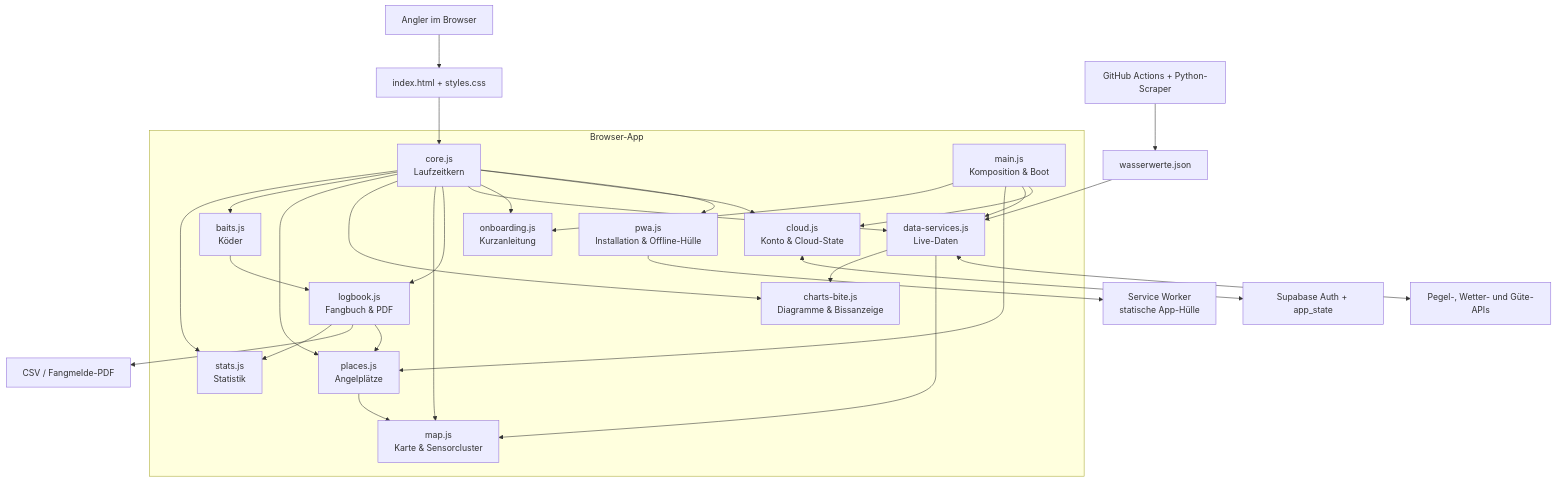
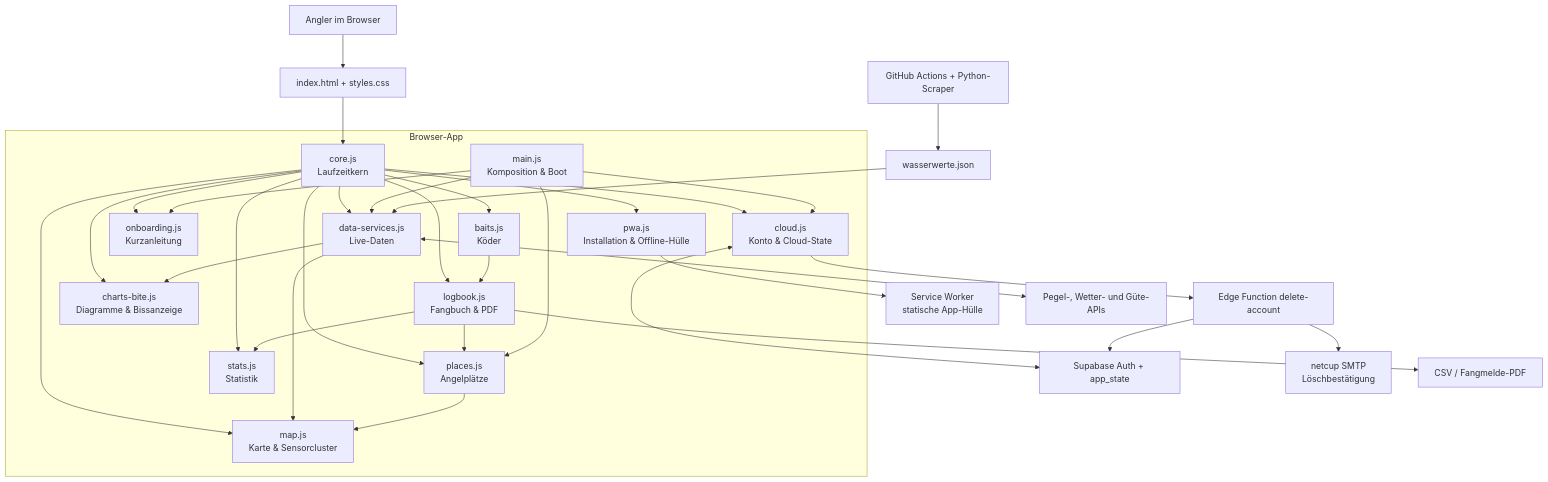
The first of 2 diagrams in docs/ARCHITEKTUR.md (XXOB/Fishing), drawn with Mermaid before and after one commit. The commit also changed other lines of this file and 10 other files, not shown here.

````diff
--- a/docs/ARCHITEKTUR.md
+++ b/docs/ARCHITEKTUR.md
@@ -49,49 +51,52 @@
 ```mermaid
 flowchart TB
     U["Angler im Browser"] --> HTML["index.html + styles.css"]
 
     subgraph UI["Browser-App"]
       CORE["core.js\nLaufzeitkern"]
       PWA["pwa.js\nInstallation & Offline-Hülle"]
       CLOUD["cloud.js\nKonto & Cloud-State"]
       ONB["onboarding.js\nKurzanleitung"]
       DATA["data-services.js\nLive-Daten"]
       LOG["logbook.js\nFangbuch & PDF"]
       MAP["map.js\nKarte & Sensorcluster"]
       CHART["charts-bite.js\nDiagramme & Bissanzeige"]
       PLACES["places.js\nAngelplätze"]
       BAITS["baits.js\nKöder"]
       STATS["stats.js\nStatistik"]
       MAIN["main.js\nKomposition & Boot"]
     end
 
     HTML --> CORE
     CORE --> PWA
     CORE --> CLOUD
     CORE --> ONB
     CORE --> DATA
     CORE --> LOG
     CORE --> MAP
     CORE --> CHART
     CORE --> PLACES
     CORE --> BAITS
     CORE --> STATS
 
     CLOUD <--> SUPA["Supabase Auth + app_state"]
+    CLOUD --> DELETE["Edge Function delete-account"]
+    DELETE --> SUPA
+    DELETE --> SMTP["netcup SMTP\nLöschbestätigung"]
     PWA --> SW["Service Worker\nstatische App-Hülle"]
     DATA <--> LIVE["Pegel-, Wetter- und Güte-APIs"]
     DATA --> MAP
     DATA --> CHART
     PLACES --> MAP
     LOG --> PLACES
     LOG --> PDF["CSV / Fangmelde-PDF"]
     LOG --> STATS
     BAITS --> LOG
     MAIN --> CLOUD
     MAIN --> DATA
     MAIN --> PLACES
     MAIN --> ONB
 
     PIPE["GitHub Actions + Python-Scraper"] --> JSON["wasserwerte.json"]
     JSON --> DATA
 ```
````
